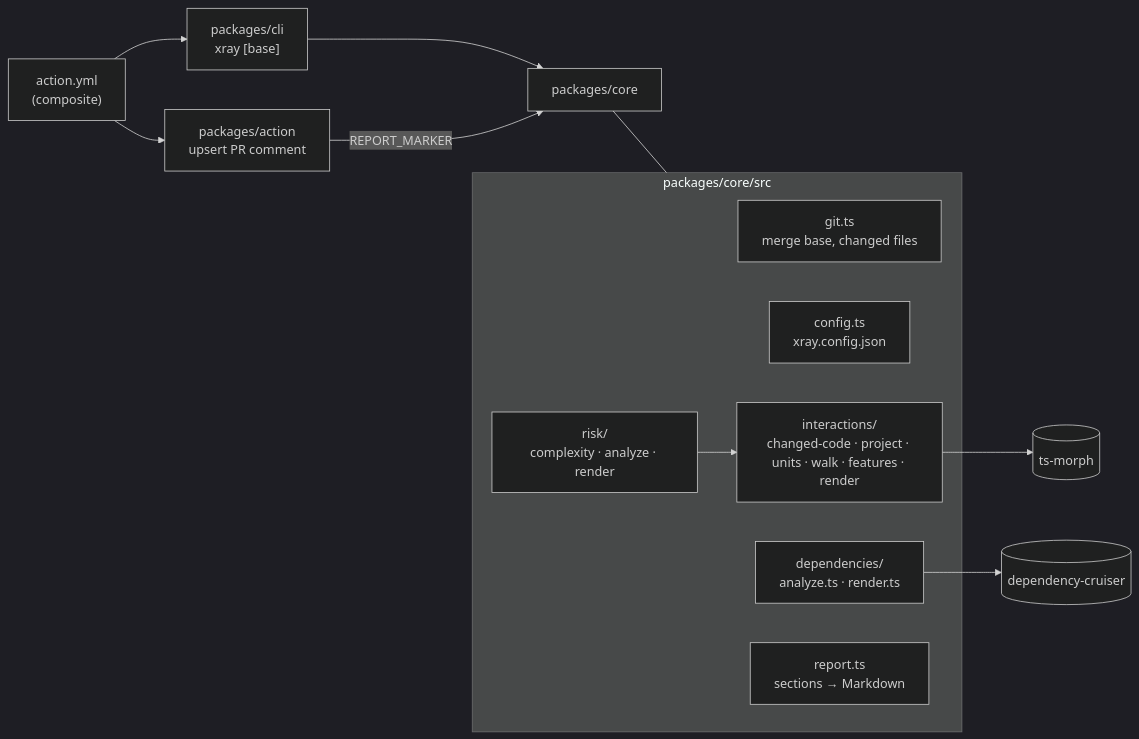
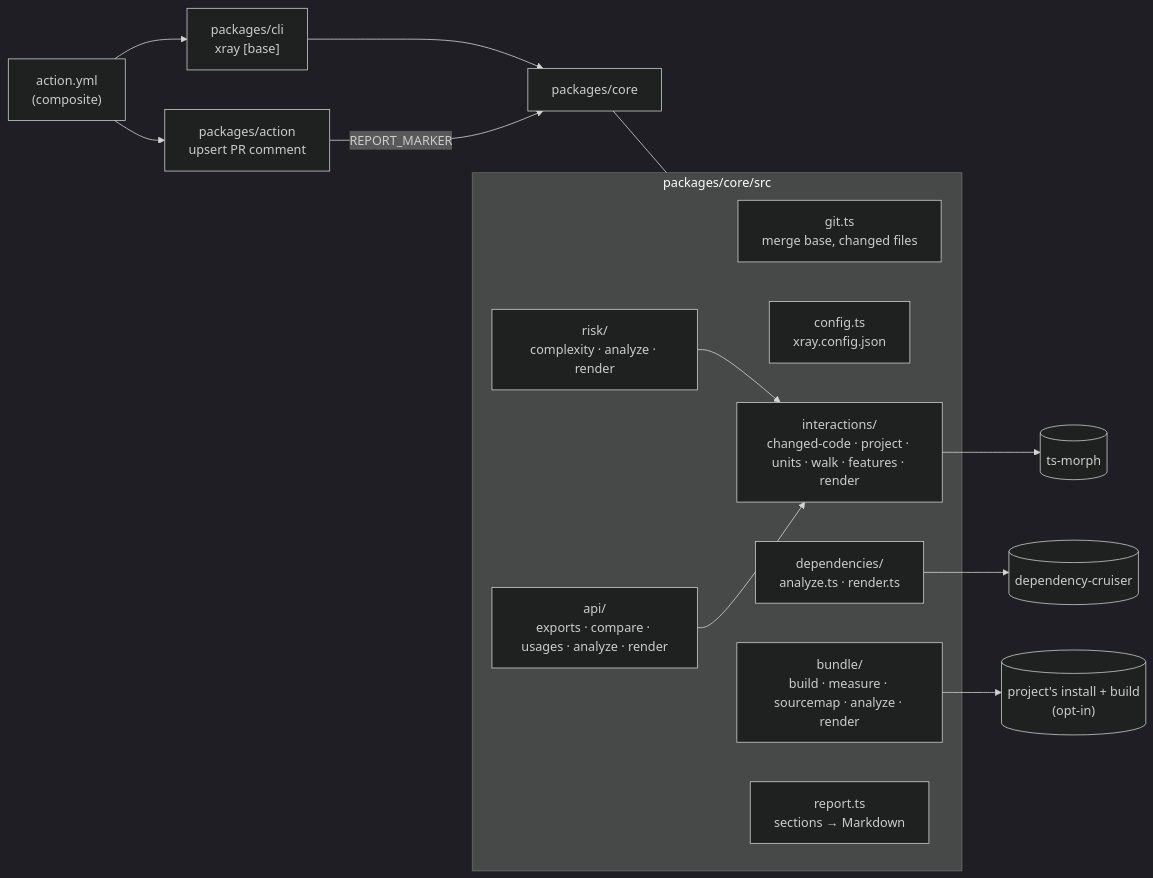
The diagram in architecture.md (pearpages/xray), drawn with Mermaid (dark theme) before and after one commit. The commit also changed other lines of this file and 16 other files, not shown here.

````diff
--- a/architecture.md
+++ b/architecture.md
@@ -21,19 +21,23 @@
 ```mermaid
 flowchart LR
   action_yml["action.yml<br/>(composite)"] --> cli["packages/cli<br/>xray [base]"]
   action_yml --> comment["packages/action<br/>upsert PR comment"]
   cli --> core["packages/core"]
   comment -->|REPORT_MARKER| core
   subgraph core_internals["packages/core/src"]
     git["git.ts<br/>merge base, changed files"]
     config["config.ts<br/>xray.config.json"]
     deps["dependencies/<br/>analyze.ts · render.ts"]
     inter["interactions/<br/>changed-code · project · units · walk · features · render"]
     risk["risk/<br/>complexity · analyze · render"]
+    api["api/<br/>exports · compare · usages · analyze · render"]
+    bundle["bundle/<br/>build · measure · sourcemap · analyze · render"]
     report["report.ts<br/>sections → Markdown"]
   end
   core --- core_internals
   deps --> depcruise[("dependency-cruiser")]
   inter --> tsmorph[("ts-morph")]
   risk --> inter
+  api --> inter
+  bundle --> npmbuild[("project's install + build<br/>(opt-in)")]
 ```
````
